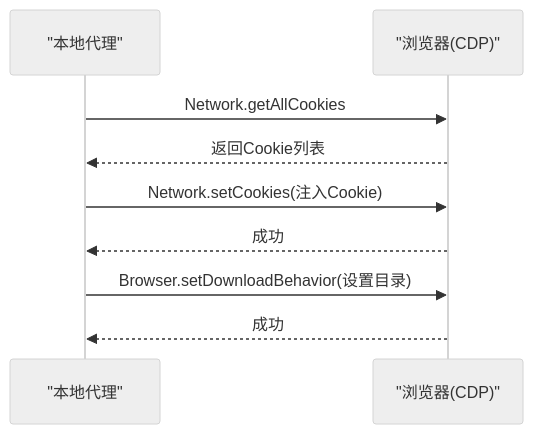
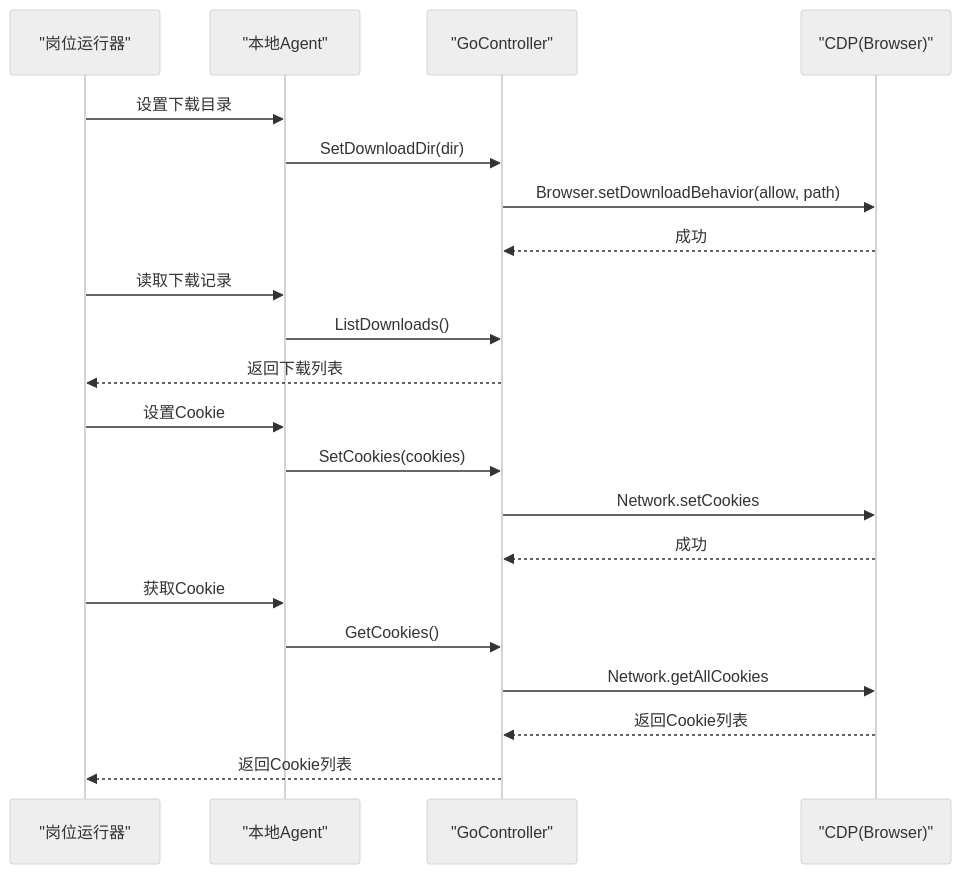
One commit to alvinwangzi/goodhr changed the fifth of 7 diagrams in .qoder/repowiki/zh/content/本地执行器/浏览器自动化/浏览器控制器/Cookie与下载管理.md. Above: the diagram before and after it, drawn with Mermaid (neutral theme). The commit also changed other lines of this file and 149 other files, not shown here.

````diff
--- a/.qoder/repowiki/zh/content/本地执行器/浏览器自动化/浏览器控制器/Cookie与下载管理.md
+++ b/.qoder/repowiki/zh/content/本地执行器/浏览器自动化/浏览器控制器/Cookie与下载管理.md
@@ -246,11 +257,23 @@
 ```mermaid
 sequenceDiagram
-participant Agent as "本地代理"
-participant Browser as "浏览器(CDP)"
-Agent->>Browser : Network.getAllCookies
-Browser-->>Agent : 返回Cookie列表
-Agent->>Browser : Network.setCookies(注入Cookie)
-Browser-->>Agent : 成功
-Agent->>Browser : Browser.setDownloadBehavior(设置目录)
-Browser-->>Agent : 成功
+participant Runner as "岗位运行器"
+participant Agent as "本地Agent"
+participant Ctrl as "GoController"
+participant CDP as "CDP(Browser)"
+Runner->>Agent : 设置下载目录
+Agent->>Ctrl : SetDownloadDir(dir)
+Ctrl->>CDP : Browser.setDownloadBehavior(allow, path)
+CDP-->>Ctrl : 成功
+Runner->>Agent : 读取下载记录
+Agent->>Ctrl : ListDownloads()
+Ctrl-->>Runner : 返回下载列表
+Runner->>Agent : 设置Cookie
+Agent->>Ctrl : SetCookies(cookies)
+Ctrl->>CDP : Network.setCookies
+CDP-->>Ctrl : 成功
+Runner->>Agent : 获取Cookie
+Agent->>Ctrl : GetCookies()
+Ctrl->>CDP : Network.getAllCookies
+CDP-->>Ctrl : 返回Cookie列表
+Ctrl-->>Runner : 返回Cookie列表
 ```
````
